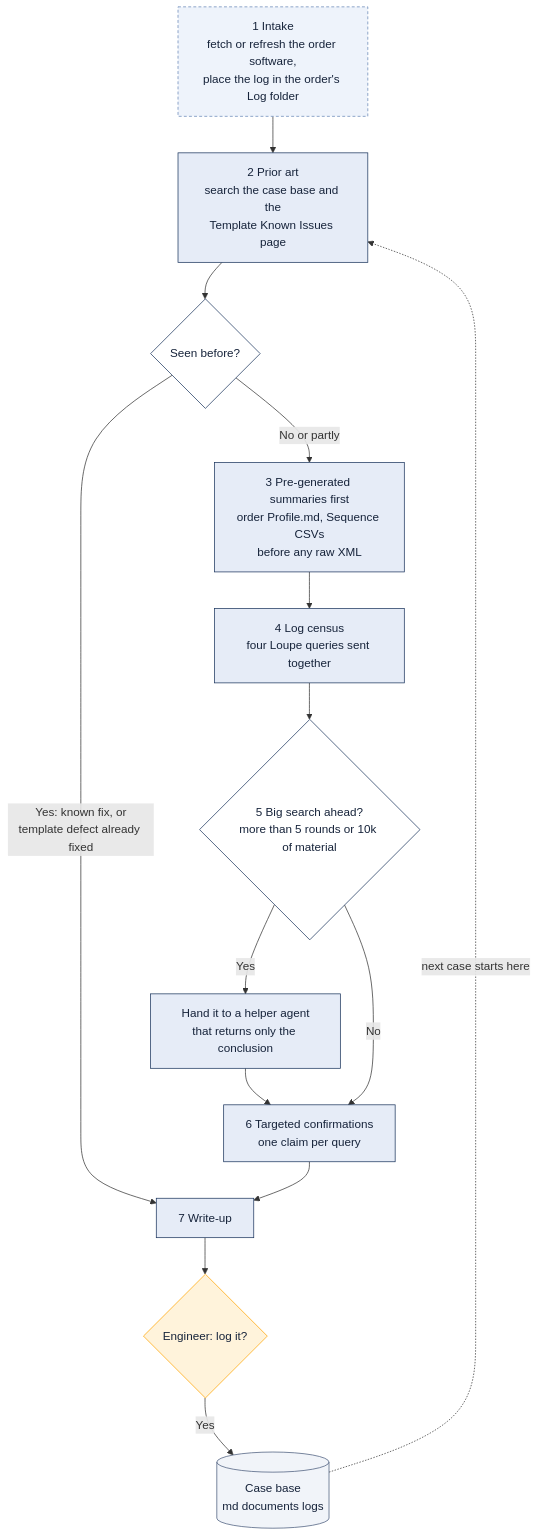
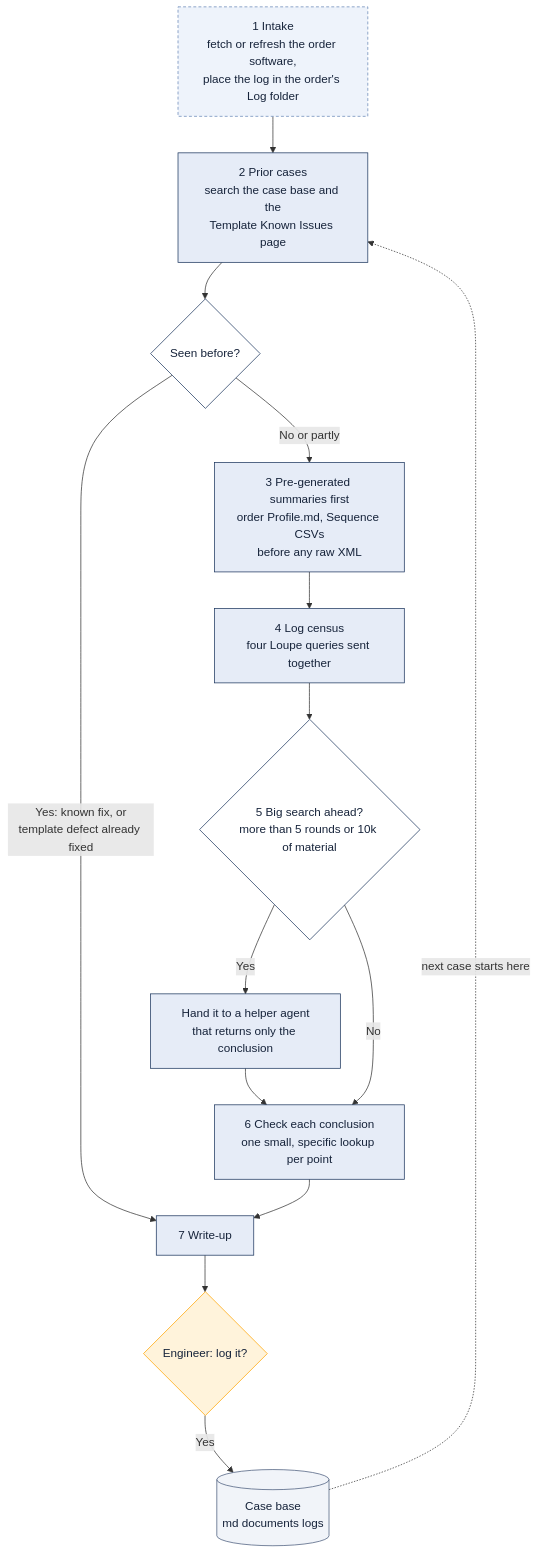
Before and after one commit to SkalarJoostE/Robotics-Private: the diagram in Rollout/Flowcharts/01-investigation-spine.md, drawn with Mermaid. The commit also changed other lines of this file and 5 other files, not shown here.

First line of the commit message:
docs(flowcharts): plainer step names, no customer contact, no review gate

````diff
--- a/Rollout/Flowcharts/01-investigation-spine.md
+++ b/Rollout/Flowcharts/01-investigation-spine.md
@@ -7,29 +7,29 @@
 ```mermaid
 flowchart TD
     S1[1 Intake<br/>fetch or refresh the order software,<br/>place the log in the order's Log folder]:::script
-    S2[2 Prior art<br/>search the case base and the<br/>Template Known Issues page]:::ai
+    S2[2 Prior cases<br/>search the case base and the<br/>Template Known Issues page]:::ai
     S2D{Seen before?}:::decision
     S3[3 Pre-generated summaries first<br/>order Profile.md, Sequence CSVs<br/>before any raw XML]:::ai
     S4[4 Log census<br/>four Loupe queries sent together]:::ai
     S5{5 Big search ahead?<br/>more than 5 rounds or 10k of material}:::decision
     SUB[Hand it to a helper agent<br/>that returns only the conclusion]:::ai
-    S6[6 Targeted confirmations<br/>one claim per query]:::ai
+    S6[6 Check each conclusion<br/>one small, specific lookup per point]:::ai
     S7[7 Write-up]:::ai
     LOGQ{Engineer: log it?}:::human
     CB[(Case base<br/>md documents logs)]:::store
 
     S1 --> S2 --> S2D
     S2D -->|"Yes: known fix, or<br/>template defect already fixed"| S7
     S2D -->|"No or partly"| S3 --> S4 --> S5
     S5 -->|Yes| SUB --> S6
     S5 -->|No| S6
     S6 --> S7 --> LOGQ
     LOGQ -->|Yes| CB
     CB -.->|next case starts here| S2
 
     classDef ai fill:#e6ecf7,stroke:#1b355d,color:#16233a
     classDef script fill:#eef3fb,stroke:#6686b7,color:#16233a,stroke-dasharray:4 3
     classDef decision fill:#ffffff,stroke:#1b355d,color:#16233a
     classDef human fill:#fff3db,stroke:#ffa400,color:#16233a
     classDef store fill:#f1f4f9,stroke:#47597a,color:#16233a
 ```
````
